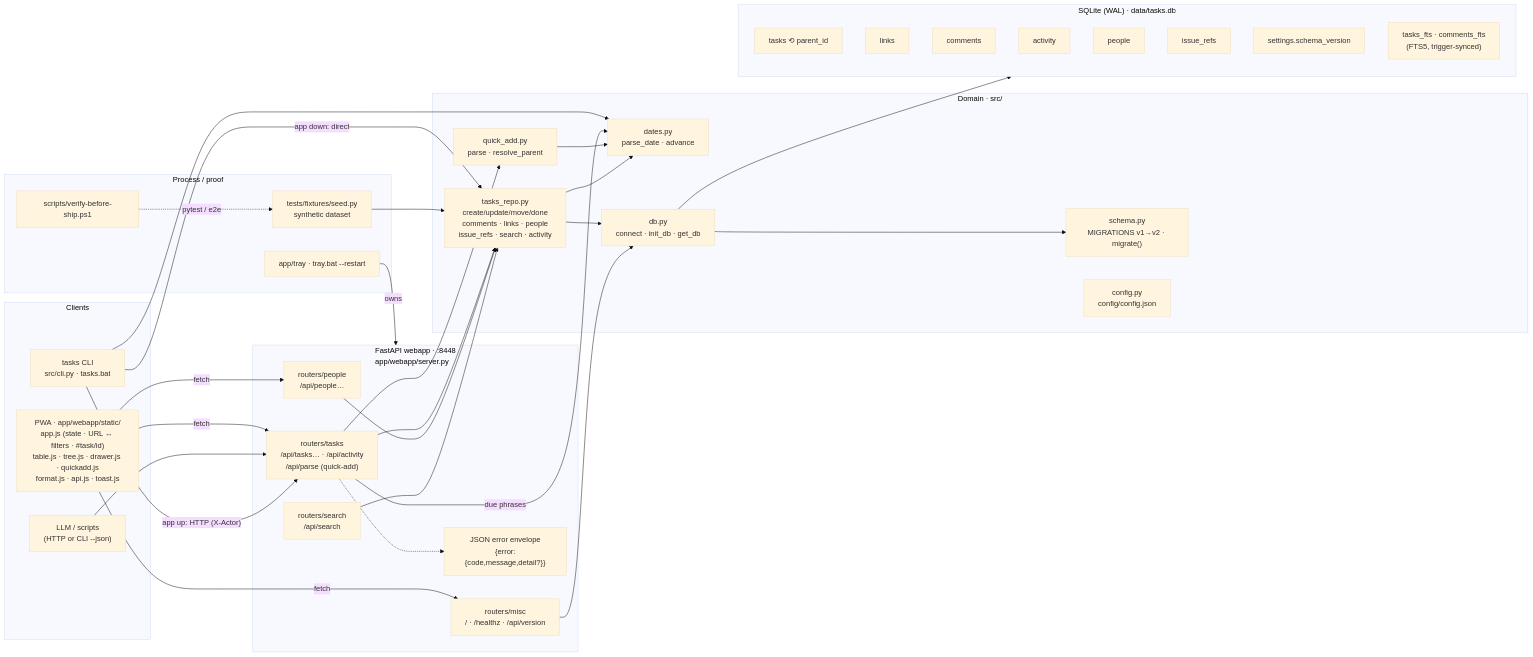
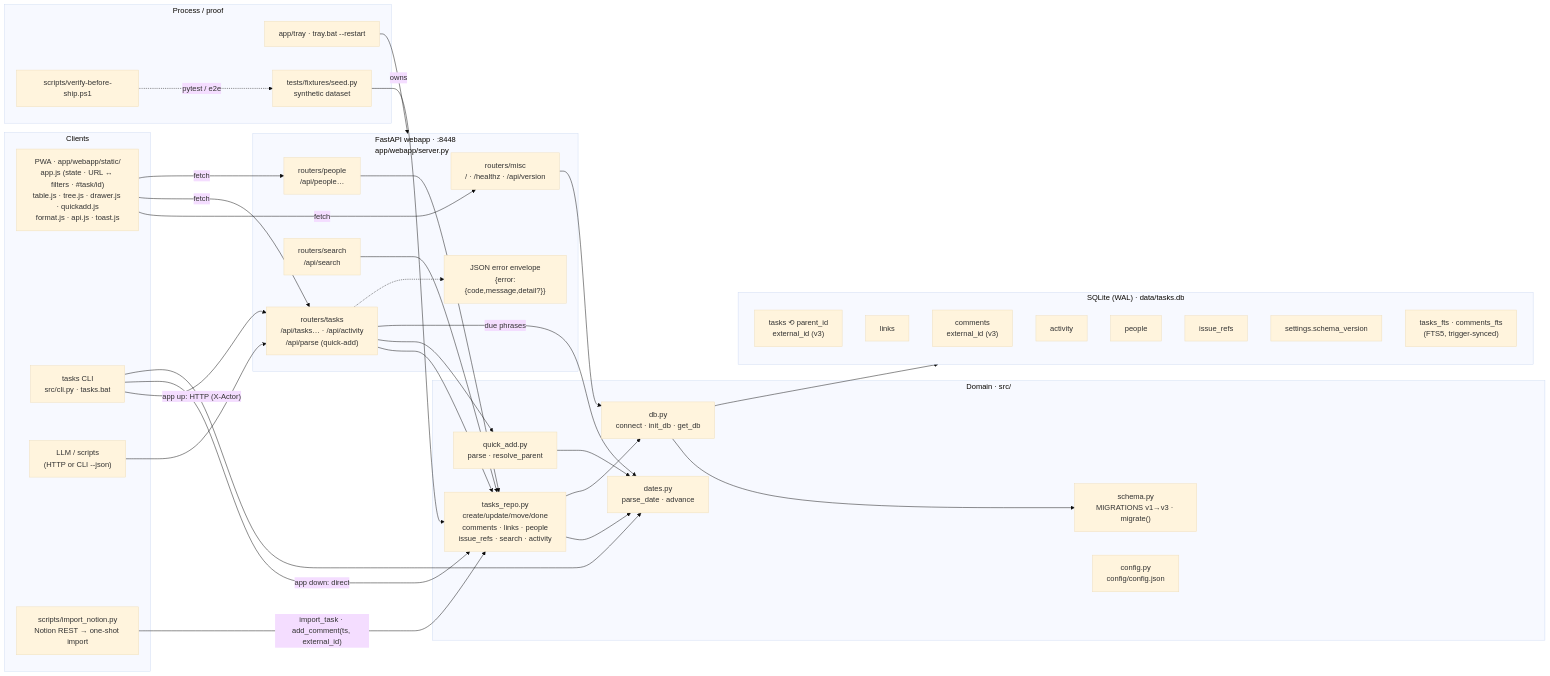
One commit to ferraroroberto/task-os changed the diagram in docs/architecture.mmd. Above: the diagram before and after it, drawn with Mermaid (base theme). The commit also changed 12 other files, not shown here.

```diff
--- a/docs/architecture.mmd
+++ b/docs/architecture.mmd
@@ -1,66 +1,68 @@
 %% task-os — internal architecture (hand-authored; update in the same PR as
 %% any material structural change: a new route family, a new src module, a
 %% new client surface, a schema step). Not generated, not checked by the gate.
 flowchart LR
   subgraph clients["Clients"]
     pwa["PWA · app/webapp/static/<br/>app.js (state · URL ↔ filters · #task/id)<br/>table.js · tree.js · drawer.js · quickadd.js<br/>format.js · api.js · toast.js"]
     cli["tasks CLI<br/>src/cli.py · tasks.bat"]
     llm["LLM / scripts<br/>(HTTP or CLI --json)"]
+    notion["scripts/import_notion.py<br/>Notion REST → one-shot import"]
   end
 
   subgraph webapp["FastAPI webapp · :8448<br/>app/webapp/server.py"]
     misc["routers/misc<br/>/ · /healthz · /api/version"]
     tasksr["routers/tasks<br/>/api/tasks… · /api/activity<br/>/api/parse (quick-add)"]
     peopler["routers/people<br/>/api/people…"]
     searchr["routers/search<br/>/api/search"]
     errors["JSON error envelope<br/>{error:{code,message,detail?}}"]
   end
 
   subgraph domain["Domain · src/"]
     repo["tasks_repo.py<br/>create/update/move/done<br/>comments · links · people<br/>issue_refs · search · activity"]
     dates["dates.py<br/>parse_date · advance"]
     qa["quick_add.py<br/>parse · resolve_parent"]
-    schema["schema.py<br/>MIGRATIONS v1→v2 · migrate()"]
+    schema["schema.py<br/>MIGRATIONS v1→v3 · migrate()"]
     db["db.py<br/>connect · init_db · get_db"]
     config["config.py<br/>config/config.json"]
   end
 
   subgraph storage["SQLite (WAL) · data/tasks.db"]
-    t["tasks ⟲ parent_id"]
+    t["tasks ⟲ parent_id<br/>external_id (v3)"]
     l["links"]
-    c["comments"]
+    c["comments<br/>external_id (v3)"]
     a["activity"]
     p["people"]
     i["issue_refs"]
     s["settings.schema_version"]
     fts["tasks_fts · comments_fts<br/>(FTS5, trigger-synced)"]
   end
 
   subgraph ops["Process / proof"]
     tray["app/tray · tray.bat --restart"]
     gate["scripts/verify-before-ship.ps1"]
     seed["tests/fixtures/seed.py<br/>synthetic dataset"]
   end
 
   pwa -->|fetch| misc
   pwa -->|fetch| tasksr
   pwa -->|fetch| peopler
   llm --> tasksr
   cli -->|"app up: HTTP (X-Actor)"| tasksr
   cli -->|"app down: direct"| repo
+  notion -->|"import_task · add_comment(ts, external_id)"| repo
   cli --> dates
   tasksr --> repo
   tasksr --> qa
   tasksr -->|"due phrases"| dates
   qa --> dates
   peopler --> repo
   searchr --> repo
   tasksr -.-> errors
   repo --> dates
   repo --> db
   db --> schema
   db --> storage
   misc --> db
   tray -->|owns| webapp
   gate -.->|pytest / e2e| seed
   seed --> repo
```
